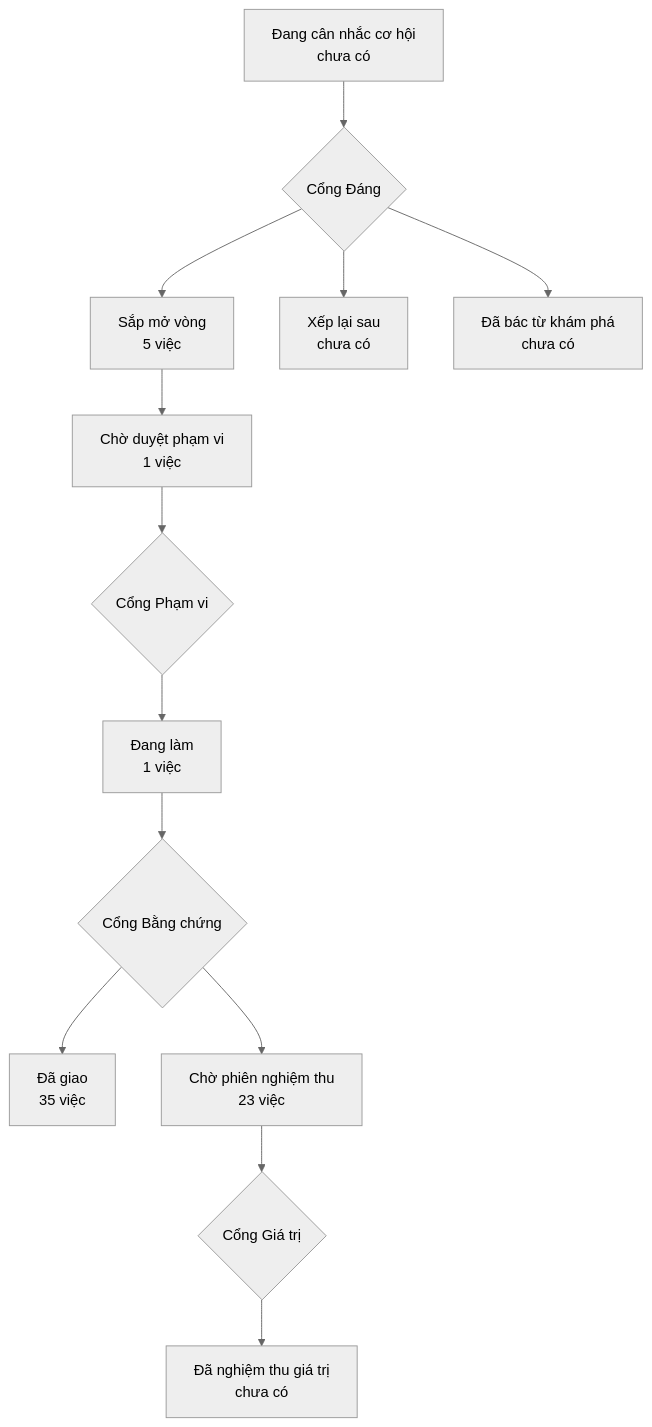
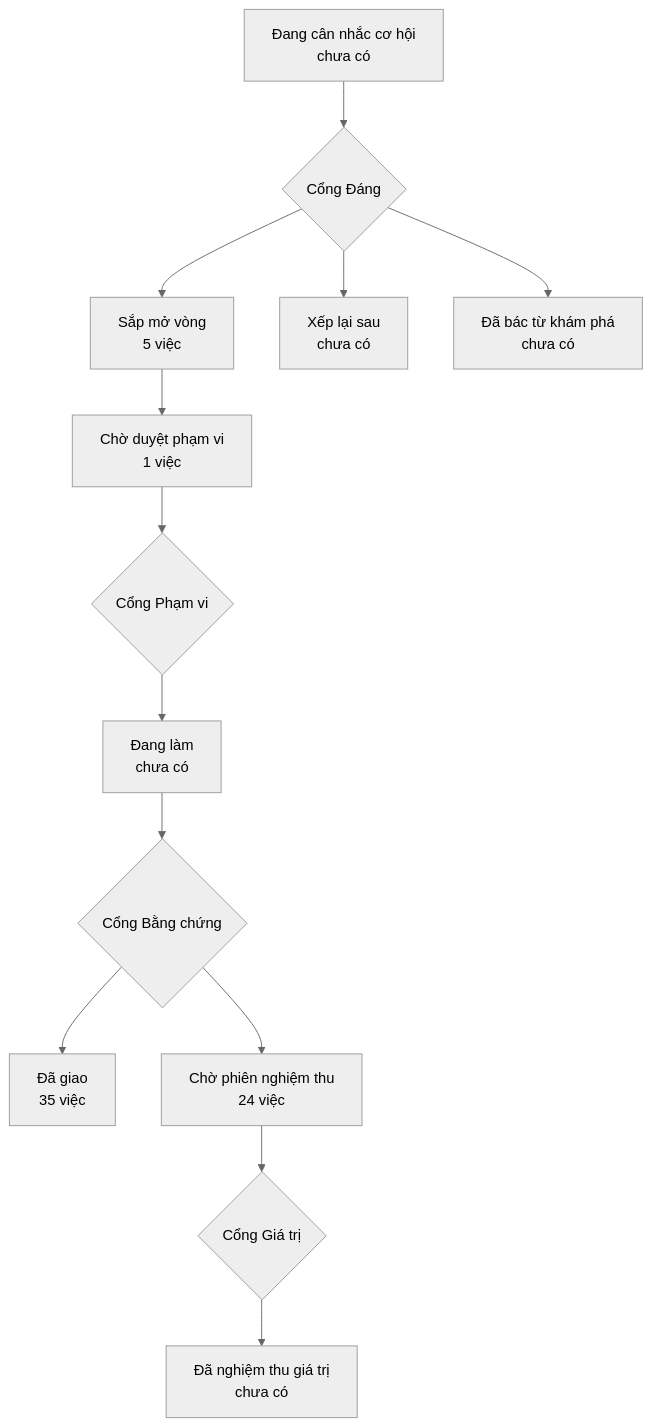
One commit to phanlemanh/onehub-invest changed the diagram in PRODUCT-MAP.md. Above: the diagram before and after it, drawn with Mermaid (neutral theme). The commit also changed other lines of this file and 4 other files, not shown here.

````diff
--- a/PRODUCT-MAP.md
+++ b/PRODUCT-MAP.md
@@ -7,12 +7,12 @@
 ```mermaid
 flowchart TD
   A["Đang cân nhắc cơ hội<br/>chưa có"] --> GD{"Cổng Đáng"}
   GD --> B["Sắp mở vòng<br/>5 việc"]
   GD --> XL["Xếp lại sau<br/>chưa có"]
   GD --> DB["Đã bác từ khám phá<br/>chưa có"]
   B --> CD["Chờ duyệt phạm vi<br/>1 việc"] --> GP{"Cổng Phạm vi"}
-  GP --> DL["Đang làm<br/>1 việc"] --> GB{"Cổng Bằng chứng"}
+  GP --> DL["Đang làm<br/>chưa có"] --> GB{"Cổng Bằng chứng"}
   GB --> DG["Đã giao<br/>35 việc"]
-  GB --> CN["Chờ phiên nghiệm thu<br/>23 việc"] --> GG{"Cổng Giá trị"}
+  GB --> CN["Chờ phiên nghiệm thu<br/>24 việc"] --> GG{"Cổng Giá trị"}
   GG --> NT["Đã nghiệm thu giá trị<br/>chưa có"]
 ```
````
